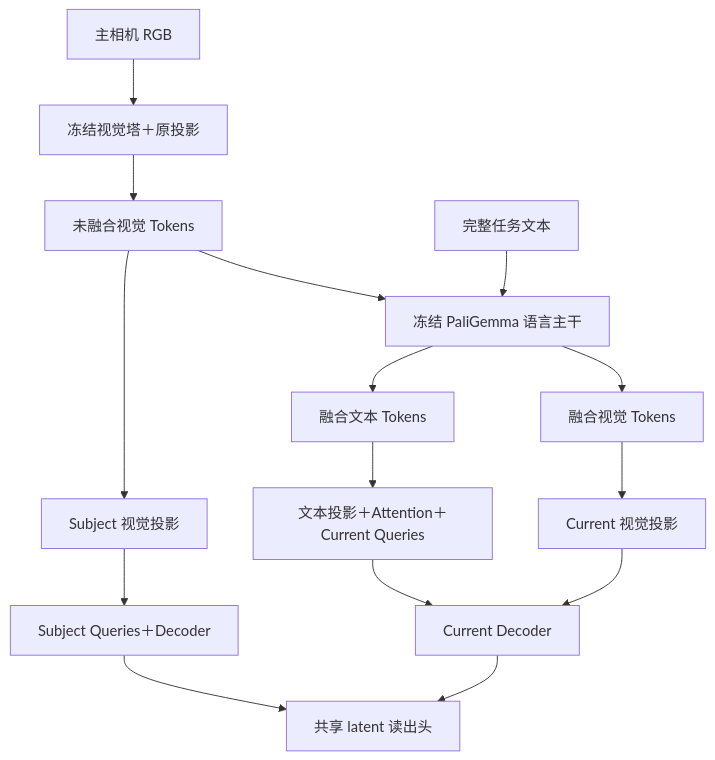
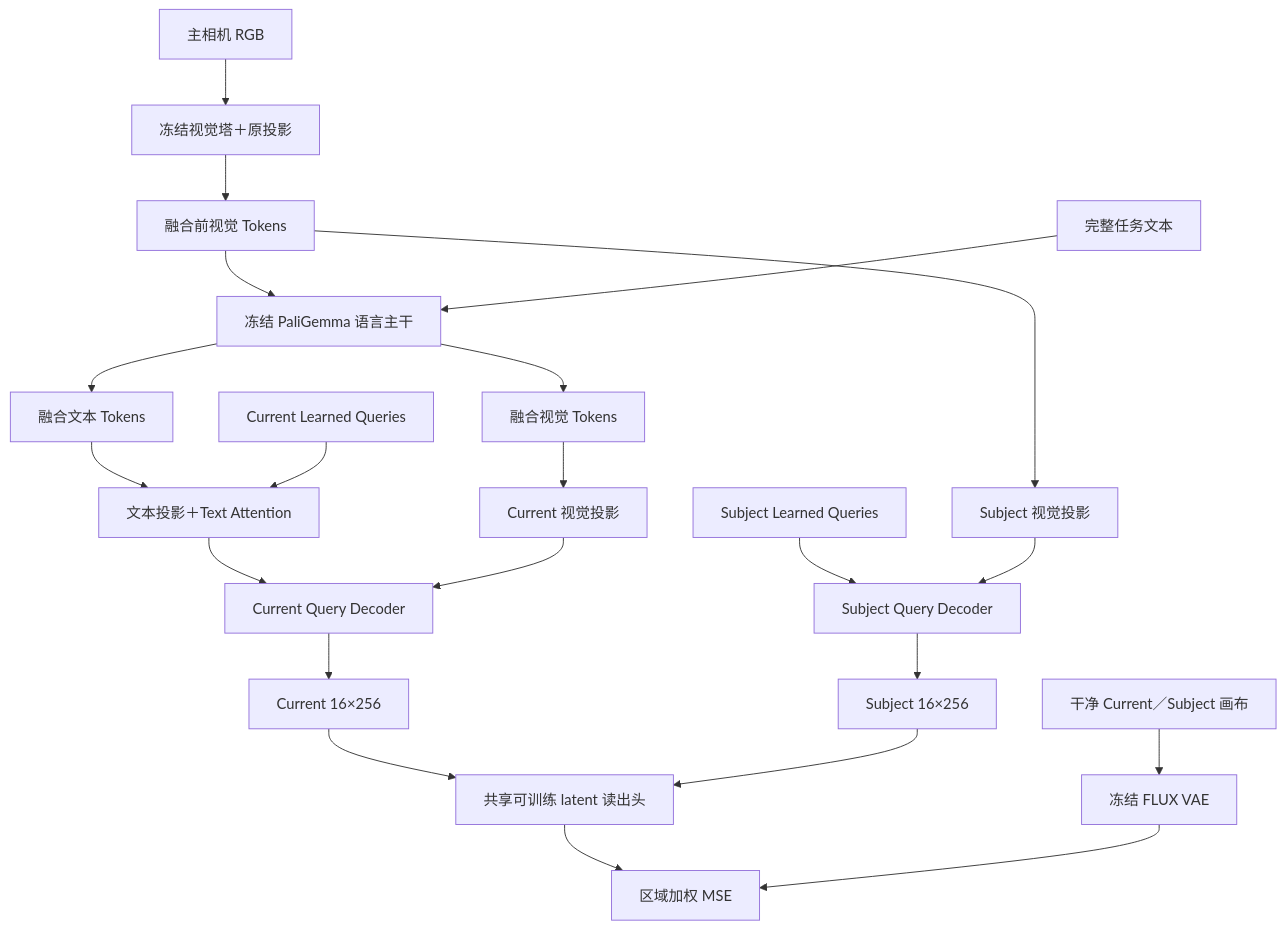
The diagram in docs/design.md (lyk-nju/ESkill-VLA), drawn with Mermaid before and after one commit. The commit also changed other lines of this file and 82 other files, not shown here.

````diff
--- a/docs/design.md
+++ b/docs/design.md
@@ -38,17 +9,24 @@
 ```mermaid
 flowchart TD
     I[主相机 RGB] --> V[冻结视觉塔＋原投影]
-    V --> R[未融合视觉 Tokens]
+    V --> R[融合前视觉 Tokens]
     R --> L[冻结 PaliGemma 语言主干]
     T[完整任务文本] --> L
     L --> HI[融合视觉 Tokens]
     L --> HT[融合文本 Tokens]
     HI --> PG[Current 视觉投影]
-    HT --> QG[文本投影＋Attention＋Current Queries]
-    PG --> G[Current Decoder]
-    QG --> G
+    HT --> PT[文本投影＋Text Attention]
+    QG[Current Learned Queries] --> PT
+    PT --> DG[Current Query Decoder]
+    PG --> DG
     R --> PS[Subject 视觉投影]
-    PS --> S[Subject Queries＋Decoder]
-    G --> H[共享 latent 读出头]
+    QS[Subject Learned Queries] --> DS[Subject Query Decoder]
+    PS --> DS
+    DG --> G[Current 16×256]
+    DS --> S[Subject 16×256]
+    G --> H[共享可训练 latent 读出头]
     S --> H
+    C[干净 Current／Subject 画布] --> A[冻结 FLUX VAE]
+    H --> LOSS[区域加权 MSE]
+    A --> LOSS
 ```
````
